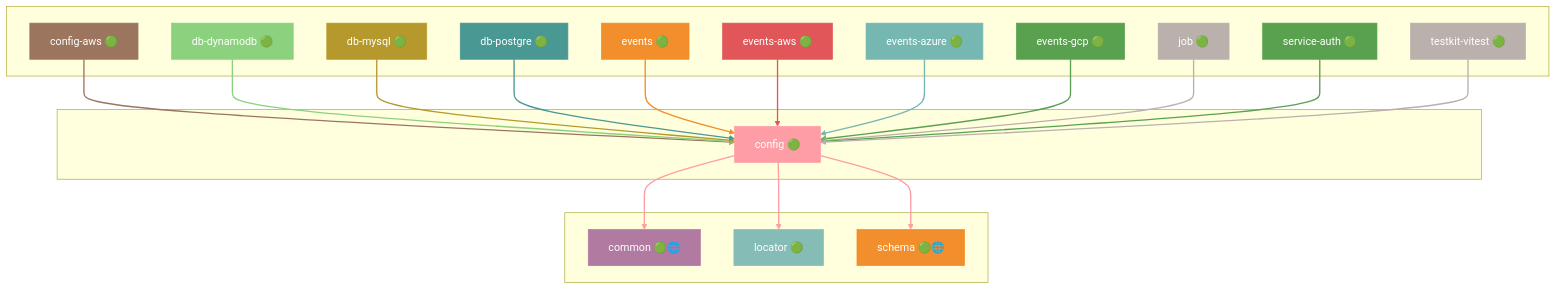
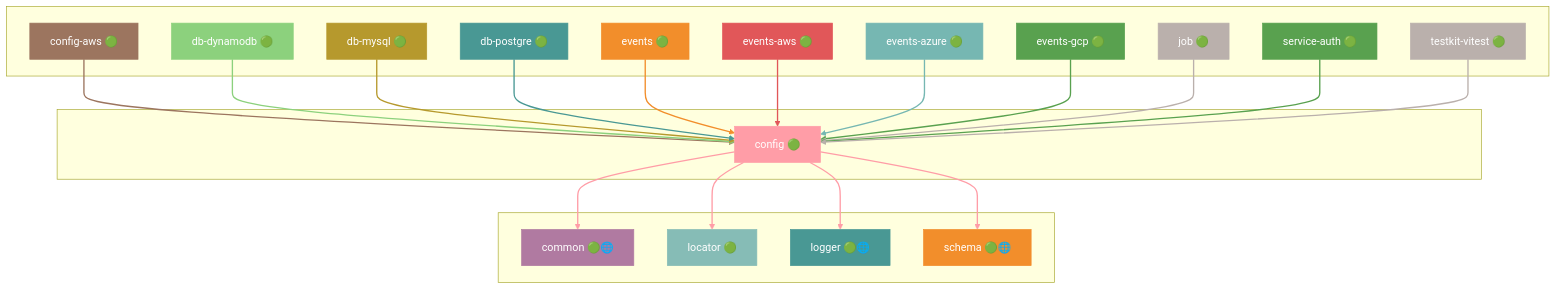
One commit to grest-ts/grest-ts changed the ninth of 50 diagrams in docs/DEPENDENCIES.md. Above: the diagram before and after it, drawn with Mermaid. The commit also changed other lines of this file and 103 other files, not shown here.

````diff
--- a/docs/DEPENDENCIES.md
+++ b/docs/DEPENDENCIES.md
@@ -719,67 +721,71 @@
 ```mermaid
 flowchart TB
     subgraph Dependents[" "]
         config-aws["config-aws 🟢"]
         db-dynamodb["db-dynamodb 🟢"]
         db-mysql["db-mysql 🟢"]
         db-postgre["db-postgre 🟢"]
         events["events 🟢"]
         events-aws["events-aws 🟢"]
         events-azure["events-azure 🟢"]
         events-gcp["events-gcp 🟢"]
         job["job 🟢"]
         service-auth["service-auth 🟢"]
         testkit-vitest["testkit-vitest 🟢"]
     end
     subgraph Package[" "]
         config["config 🟢"]
     end
     subgraph Dependencies[" "]
         common["common 🟢🌐"]
         locator["locator 🟢"]
+        logger["logger 🟢🌐"]
         schema["schema 🟢🌐"]
     end
     config-aws --> config
     db-dynamodb --> config
     db-mysql --> config
     db-postgre --> config
     events --> config
     events-aws --> config
     events-azure --> config
     events-gcp --> config
     job --> config
     service-auth --> config
     testkit-vitest --> config
     config --> common
     config --> locator
+    config --> logger
     config --> schema
     style config fill:#FF9DA7,stroke:#FF9DA7,color:#fff
     style config-aws fill:#9C755F,stroke:#9C755F,color:#fff
     style db-dynamodb fill:#8CD17D,stroke:#8CD17D,color:#fff
     style db-mysql fill:#B6992D,stroke:#B6992D,color:#fff
     style db-postgre fill:#499894,stroke:#499894,color:#fff
     style events fill:#F28E2B,stroke:#F28E2B,color:#fff
     style events-aws fill:#E15759,stroke:#E15759,color:#fff
     style events-azure fill:#76B7B2,stroke:#76B7B2,color:#fff
     style events-gcp fill:#59A14F,stroke:#59A14F,color:#fff
     style job fill:#BAB0AC,stroke:#BAB0AC,color:#fff
     style service-auth fill:#59A14F,stroke:#59A14F,color:#fff
     style testkit-vitest fill:#BAB0AC,stroke:#BAB0AC,color:#fff
     style common fill:#B07AA1,stroke:#B07AA1,color:#fff
     style locator fill:#86BCB6,stroke:#86BCB6,color:#fff
+    style logger fill:#499894,stroke:#499894,color:#fff
     style schema fill:#F28E2B,stroke:#F28E2B,color:#fff
     linkStyle 0 stroke:#9C755F,stroke-width:2px
     linkStyle 1 stroke:#8CD17D,stroke-width:2px
     linkStyle 2 stroke:#B6992D,stroke-width:2px
     linkStyle 3 stroke:#499894,stroke-width:2px
     linkStyle 4 stroke:#F28E2B,stroke-width:2px
     linkStyle 5 stroke:#E15759,stroke-width:2px
     linkStyle 6 stroke:#76B7B2,stroke-width:2px
     linkStyle 7 stroke:#59A14F,stroke-width:2px
     linkStyle 8 stroke:#BAB0AC,stroke-width:2px
     linkStyle 9 stroke:#59A14F,stroke-width:2px
     linkStyle 10 stroke:#BAB0AC,stroke-width:2px
     linkStyle 11 stroke:#FF9DA7,stroke-width:2px
     linkStyle 12 stroke:#FF9DA7,stroke-width:2px
     linkStyle 13 stroke:#FF9DA7,stroke-width:2px
+    linkStyle 14 stroke:#FF9DA7,stroke-width:2px
 ```
````
